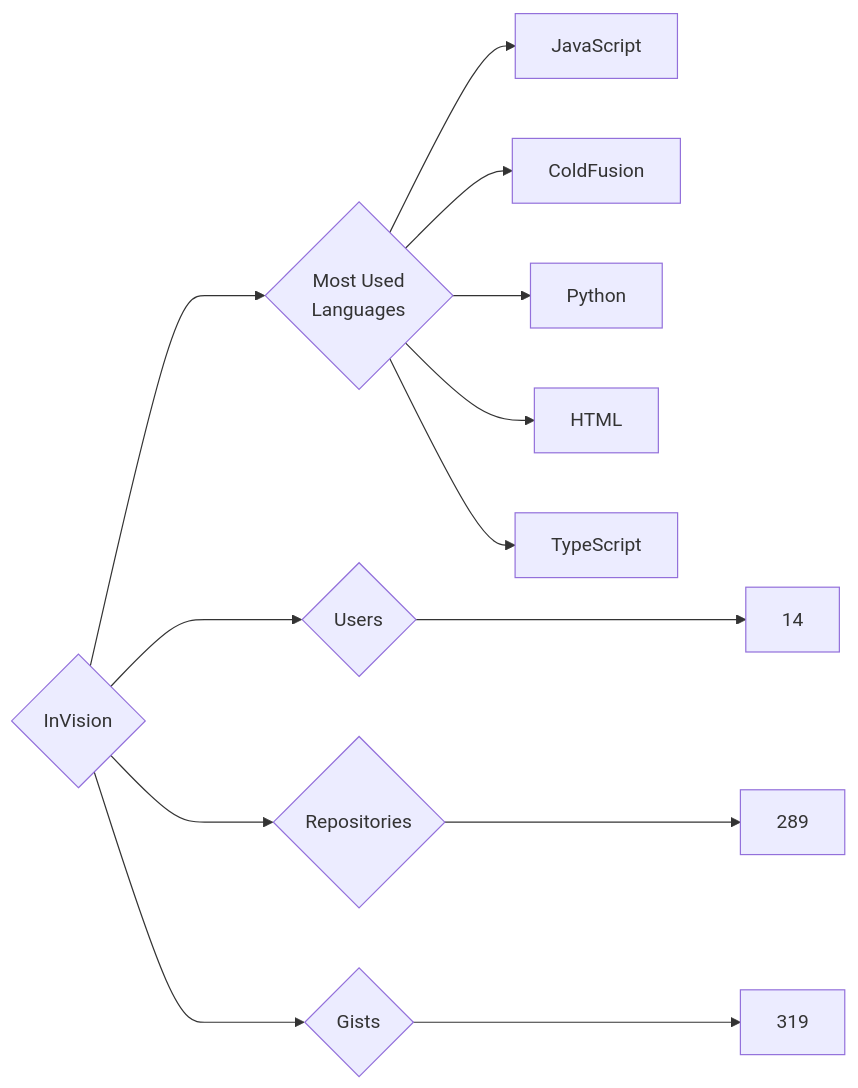
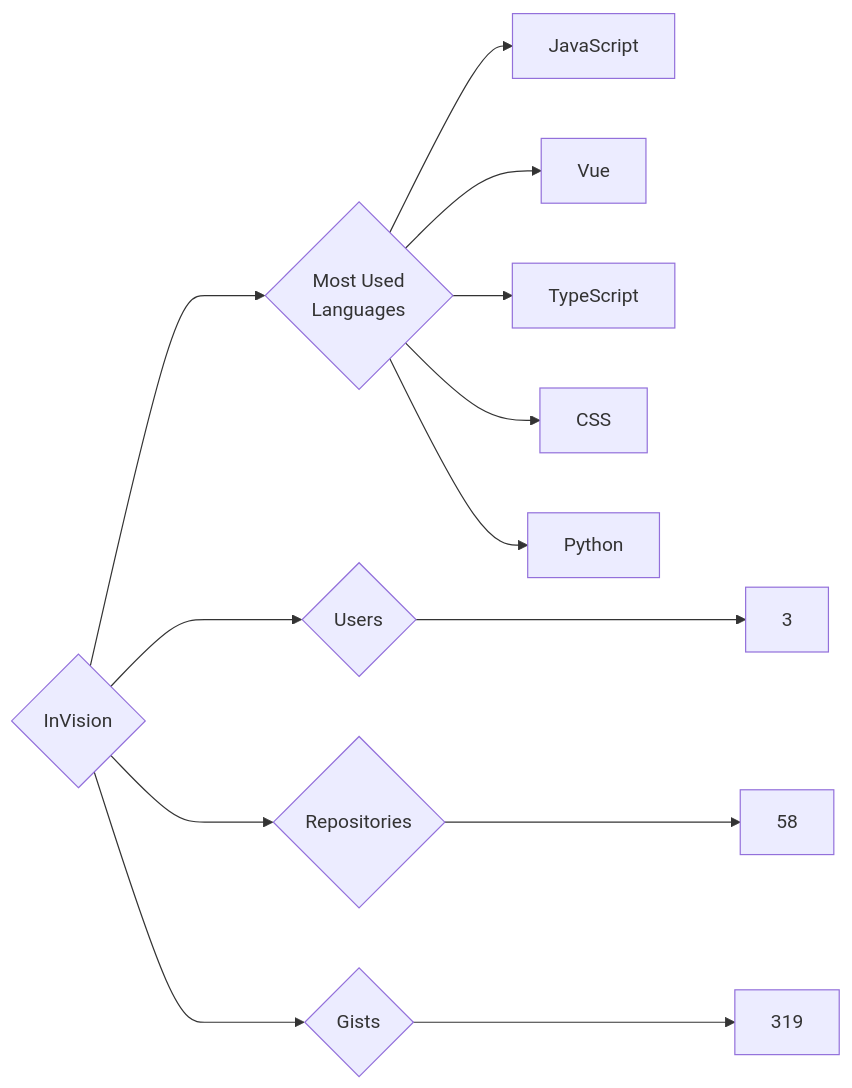
One commit to trickest/insiders changed the diagram in targets/InVision/README.md. Above: the diagram before and after it, drawn with Mermaid. The commit also changed 874 other files, not shown here.

````diff
--- a/targets/InVision/README.md
+++ b/targets/InVision/README.md
@@ -3,13 +3,13 @@
 ```mermaid
 graph LR
 COMPANY_NAME{InVision}
-COMPANY_NAME ---> U{Users} ---> UN[14]
-COMPANY_NAME ---> R{Repositories} ---> RN[289]
+COMPANY_NAME ---> U{Users} ---> UN[3]
+COMPANY_NAME ---> R{Repositories} ---> RN[58]
 COMPANY_NAME ---> G{Gists} ---> GN[319]
 COMPANY_NAME ---> ML{Most Used<br>Languages}
 ML --> JavaScript[JavaScript]
-ML --> ColdFusion[ColdFusion]
+ML --> Vue[Vue]
+ML --> TypeScript[TypeScript]
+ML --> CSS[CSS]
 ML --> Python[Python]
-ML --> HTML[HTML]
-ML --> TypeScript[TypeScript]
 ```
````
